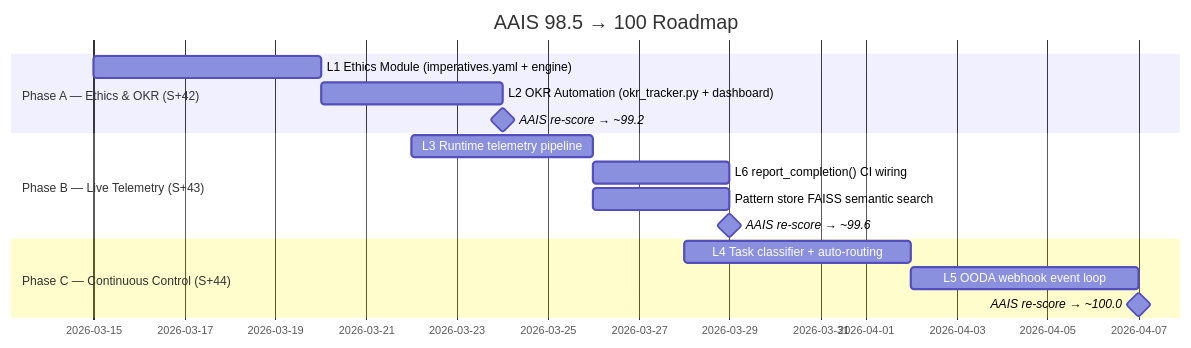
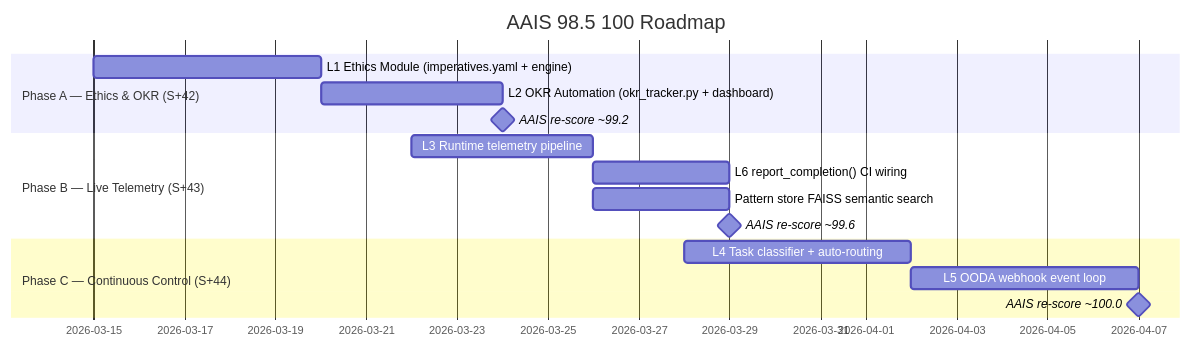
The second of 4 diagrams in docs/evolution/AAIS_100_AND_COVERAGE_100_ROADMAP.md (Aries-Serpent/_codex_), drawn with Mermaid before and after one commit. The commit also changed other lines of this file and 4117 other files, not shown here.

````diff
--- a/docs/evolution/AAIS_100_AND_COVERAGE_100_ROADMAP.md
+++ b/docs/evolution/AAIS_100_AND_COVERAGE_100_ROADMAP.md
@@ -210,19 +216,20 @@
 ```mermaid
 %%{init: {'accessibility': {'title': 'Diagram'}}%%
+
 gantt
-    title AAIS 98.5 → 100 Roadmap
-    dateFormat YYYY-MM-DD
-    section Phase A — Ethics & OKR (S+42)
-    L1 Ethics Module (imperatives.yaml + engine)  :a1, 2026-03-15, 5d
-    L2 OKR Automation (okr_tracker.py + dashboard) :a2, after a1, 4d
-    AAIS re-score → ~99.2                          :milestone, after a2, 0d
-    section Phase B — Live Telemetry (S+43)
-    L3 Runtime telemetry pipeline                  :b1, 2026-03-22, 4d
-    L6 report_completion() CI wiring               :b2, after b1, 3d
-    Pattern store FAISS semantic search            :b3, after b1, 3d
-    AAIS re-score → ~99.6                          :milestone, after b3, 0d
-    section Phase C — Continuous Control (S+44)
-    L4 Task classifier + auto-routing              :c1, 2026-03-28, 5d
-    L5 OODA webhook event loop                     :c2, after c1, 5d
-    AAIS re-score → ~100.0                         :milestone, after c2, 0d
+ title AAIS 98.5 100 Roadmap
+ dateFormat YYYY-MM-DD
+ section Phase A — Ethics & OKR (S+42)
+ L1 Ethics Module (imperatives.yaml + engine) :a1, 2026-03-15, 5d
+ L2 OKR Automation (okr_tracker.py + dashboard) :a2, after a1, 4d
+ AAIS re-score ~99.2 :milestone, after a2, 0d
+ section Phase B — Live Telemetry (S+43)
+ L3 Runtime telemetry pipeline :b1, 2026-03-22, 4d
+ L6 report_completion() CI wiring :b2, after b1, 3d
+ Pattern store FAISS semantic search :b3, after b1, 3d
+ AAIS re-score ~99.6 :milestone, after b3, 0d
+ section Phase C — Continuous Control (S+44)
+ L4 Task classifier + auto-routing :c1, 2026-03-28, 5d
+ L5 OODA webhook event loop :c2, after c1, 5d
+ AAIS re-score ~100.0 :milestone, after c2, 0d
 ```
````
